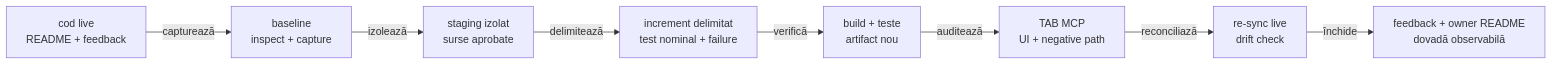
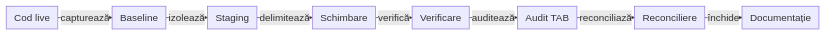
The third of 6 diagrams in docs/ATF_Build_And_Execution_Safety.md (crististefanita/atf_j0), drawn with Mermaid before and after one commit. The commit also changed other lines of this file and 97 other files, not shown here.

````diff
--- a/docs/ATF_Build_And_Execution_Safety.md
+++ b/docs/ATF_Build_And_Execution_Safety.md
@@ -71,10 +95,11 @@
 ```mermaid
+%%{init: {"themeVariables":{"fontSize":"15px"},"themeCSS":".nodeLabel, .nodeLabel p { font-size: 15px !important; line-height: 1.35 !important; } .edgeLabel, .edgeLabel p { font-size: 12px !important; font-weight: 400 !important; line-height: 1.2 !important; } .edgeLabel .labelBkg, .edgeLabel p { background: transparent !important; } .edgeLabel foreignObject { transform: translateY(-18px); overflow: visible; } .node rect { rx: 6px; ry: 6px; }","flowchart":{"curve":"linear","nodeSpacing":24,"rankSpacing":8,"padding":6,"diagramPadding":20}}}%%
 flowchart LR
-    Live["cod live<br/>README + feedback"] -->|capturează| Baseline["baseline<br/>inspect + capture"]
-    Baseline -->|izolează| Stage["staging izolat<br/>surse aprobate"]
-    Stage -->|delimitează| Change["increment delimitat<br/>test nominal + failure"]
-    Change -->|verifică| Verify["build + teste<br/>artifact nou"]
-    Verify -->|auditează| Audit["TAB MCP<br/>UI + negative path"]
-    Audit -->|reconciliază| Reconcile["re-sync live<br/>drift check"]
-    Reconcile -->|închide| Close["feedback + owner README<br/>dovadă observabilă"]
+    Live["Cod live"] -->|capturează| Baseline["Baseline"]
+    Baseline -->|izolează| Stage["Staging"]
+    Stage -->|delimitează| Change["Schimbare"]
+    Change -->|verifică| Verify["Verificare"]
+    Verify -->|auditează| Audit["Audit TAB"]
+    Audit -->|reconciliază| Reconcile["Reconciliere"]
+    Reconcile -->|închide| Close["Documentație"]
 ```
````
